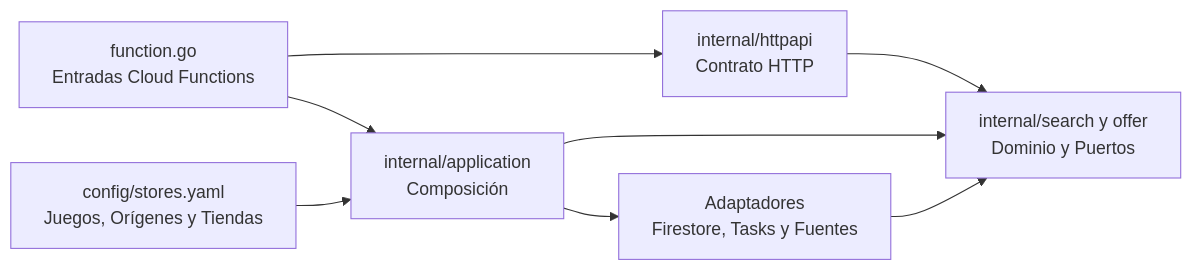
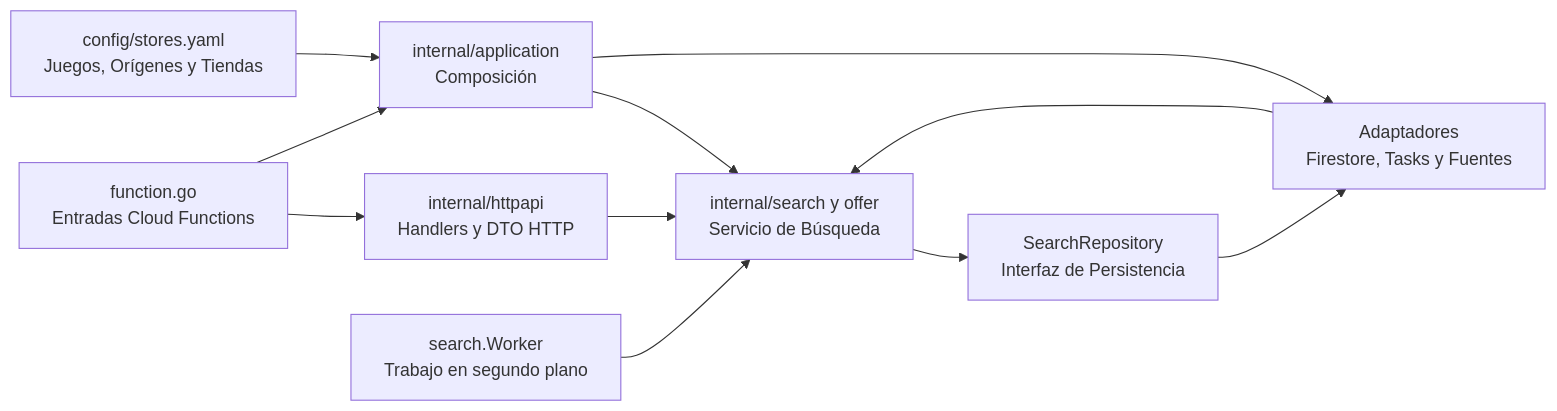
One commit to metaliaw/muchi changed the second of 2 diagrams in backend/docs/arquitectura.md. Above: the diagram before and after it, drawn with Mermaid. The commit also changed other lines of this file and 68 other files, not shown here.

````diff
--- a/backend/docs/arquitectura.md
+++ b/backend/docs/arquitectura.md
@@ -135,17 +135,22 @@
 ```mermaid
 flowchart LR
     function[function.go<br/>Entradas Cloud Functions]
-    transport[internal/httpapi<br/>Contrato HTTP]
+    transport[internal/httpapi<br/>Handlers y DTO HTTP]
     application[internal/application<br/>Composición]
-    domain[internal/search y offer<br/>Dominio y Puertos]
+    domain[internal/search y offer<br/>Servicio de Búsqueda]
+    repository[SearchRepository<br/>Interfaz de Persistencia]
+    worker[search.Worker<br/>Trabajo en segundo plano]
     config[config/stores.yaml<br/>Juegos, Orígenes y Tiendas]
     adapters[Adaptadores<br/>Firestore, Tasks y Fuentes]
 
     function --> transport
     function --> application
     transport --> domain
+    worker --> domain
+    domain --> repository
+    repository --> adapters
     config --> application
     application --> domain
     application --> adapters
     adapters --> domain
 ```
````
